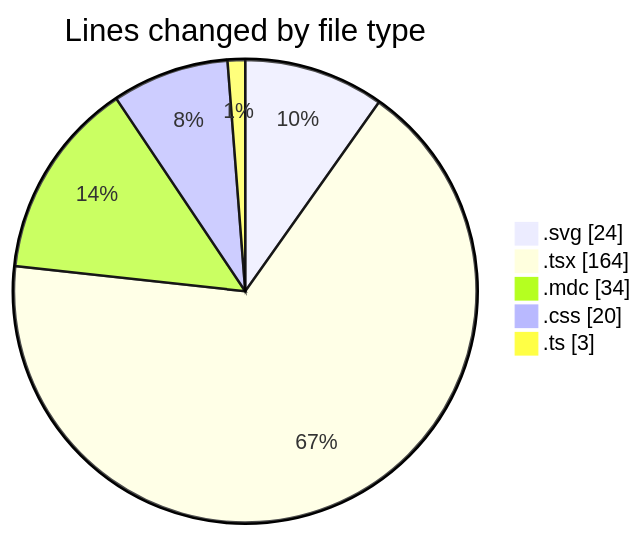
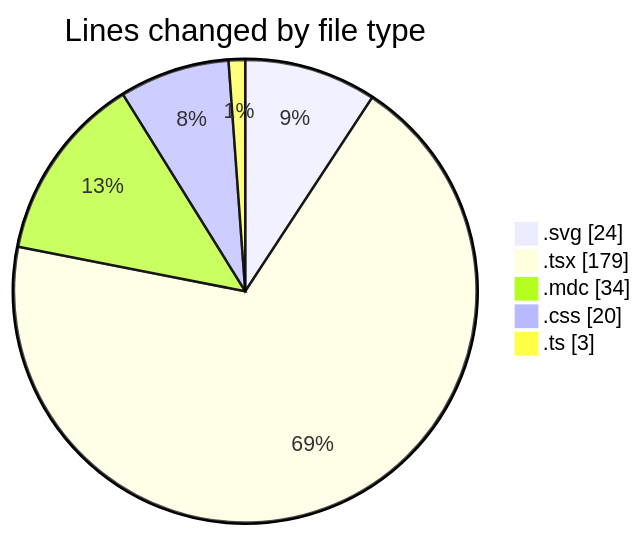
The first of 2 diagrams in 2025-07-18/ribbon/README.md (EIIisD/code-tracking), drawn with Mermaid before and after one commit. The commit also changed other lines of this file and 1 other file, not shown here.

````diff
--- a/2025-07-18/ribbon/README.md
+++ b/2025-07-18/ribbon/README.md
@@ -25,9 +25,9 @@
 ```mermaid
 pie showData
 title Lines changed by file type
 ".svg" : 24
-".tsx" : 164
+".tsx" : 179
 ".mdc" : 34
 ".css" : 20
 ".ts" : 3
 ```
````
